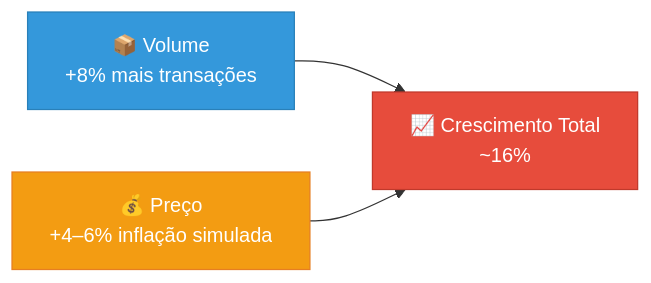
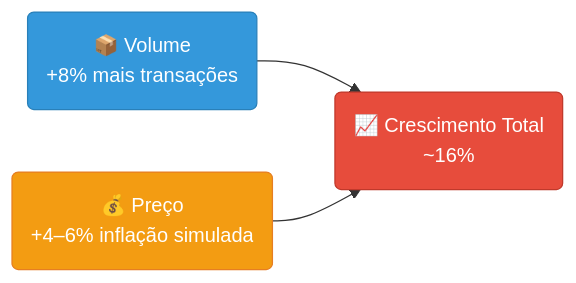
Before and after one commit to Igor-Scalzer010/Sales-Analytics: the third of 12 diagrams in docs/analises.md, drawn with Mermaid. The commit also changed other lines of this file, not shown here.

````diff
--- a/docs/analises.md
+++ b/docs/analises.md
@@ -97,13 +86,13 @@
 ```mermaid
 flowchart LR
-    TOTAL["📈 Crescimento Total<br/>~16%"]
-    VOL["📦 Volume<br/>+8% mais transações"]
-    PRECO["💰 Preço<br/>+4–6% inflação simulada"]
+    TOTAL("📈 Crescimento Total<br/>~16%")
+    VOL("📦 Volume<br/>+8% mais transações")
+    PRECO("💰 Preço<br/>+4–6% inflação simulada")
 
     VOL --> TOTAL
     PRECO --> TOTAL
 
     style TOTAL fill:#e74c3c,stroke:#c0392b,color:#fff
     style VOL fill:#3498db,stroke:#2980b9,color:#fff
     style PRECO fill:#f39c12,stroke:#e67e22,color:#fff
 ```
````
